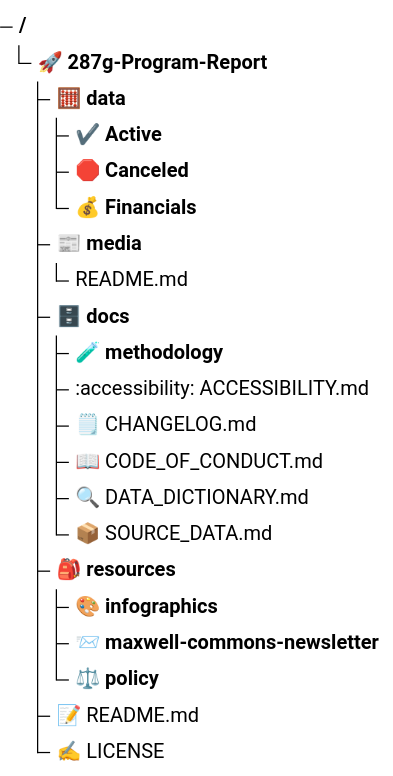
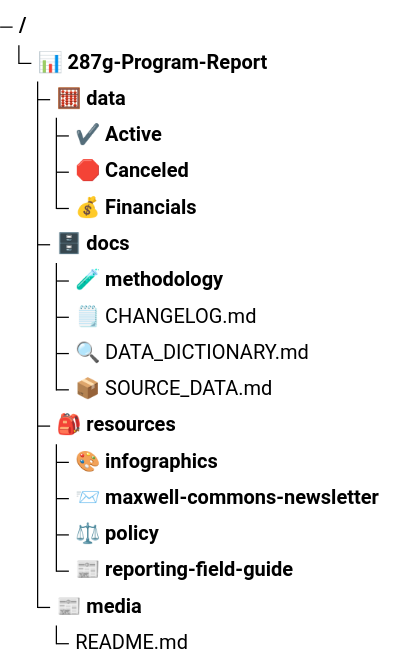
One commit to TitusThrasher/287g-Program-Report changed the diagram in README.md. Above: the diagram before and after it, drawn with Mermaid. The commit also changed other lines of this file, not shown here.

Commit message:
Revise visual outline in README.md
Updated visual outline in README with new icons and structure.

````diff
--- a/README.md
+++ b/README.md
@@ -25,23 +27,20 @@
 ```mermaid
 treeView-beta
-            🚀 287g-Program-Report/
+            📊 287g-Program-Report/
                 🧮 data/
                     ✔️ Active/
                     🛑 Canceled/
                     💰 Financials/
-                📰 media/
-                    README.md
                 🗄️ docs/
                     🧪 methodology/
-                    :accessibility: ACCESSIBILITY.md
                     🗒️ CHANGELOG.md
-                    📖 CODE_OF_CONDUCT.md
                     🔍 DATA_DICTIONARY.md
                     📦 SOURCE_DATA.md
                 🎒 resources/
                     🎨 infographics/
                     📨 maxwell-commons-newsletter/
                     ⚖️ policy/
-                📝 README.md
-                ✍️ LICENSE
+                    📰 reporting-field-guide/
+                📰 media/
+                    README.md
 ```
````
